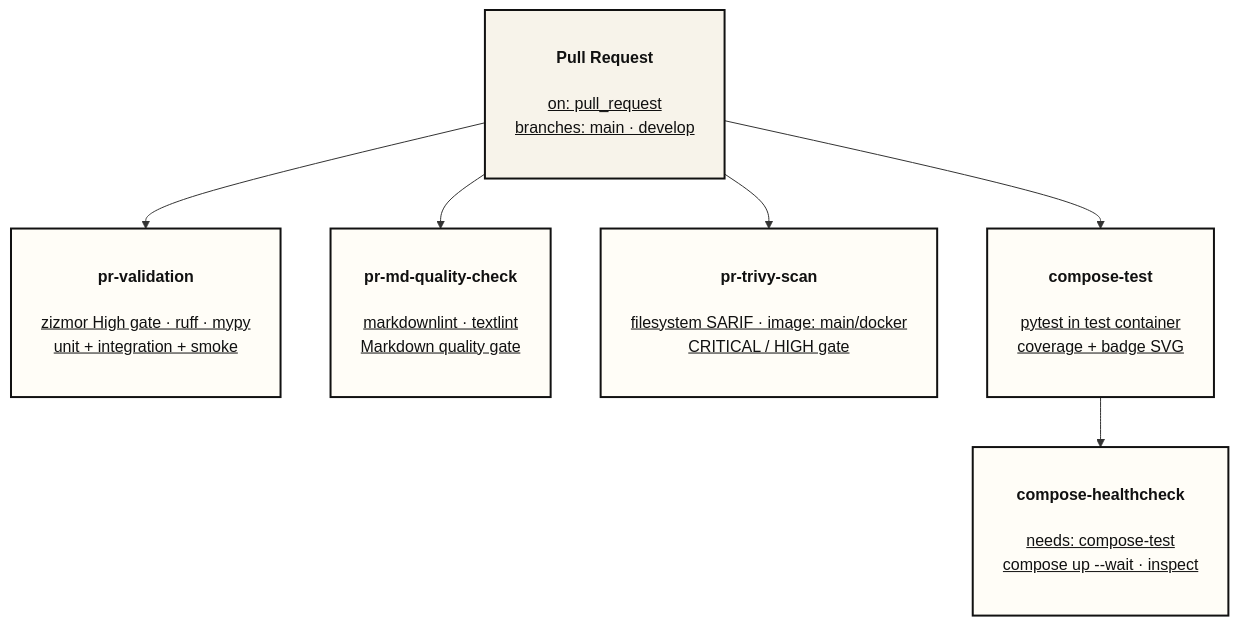
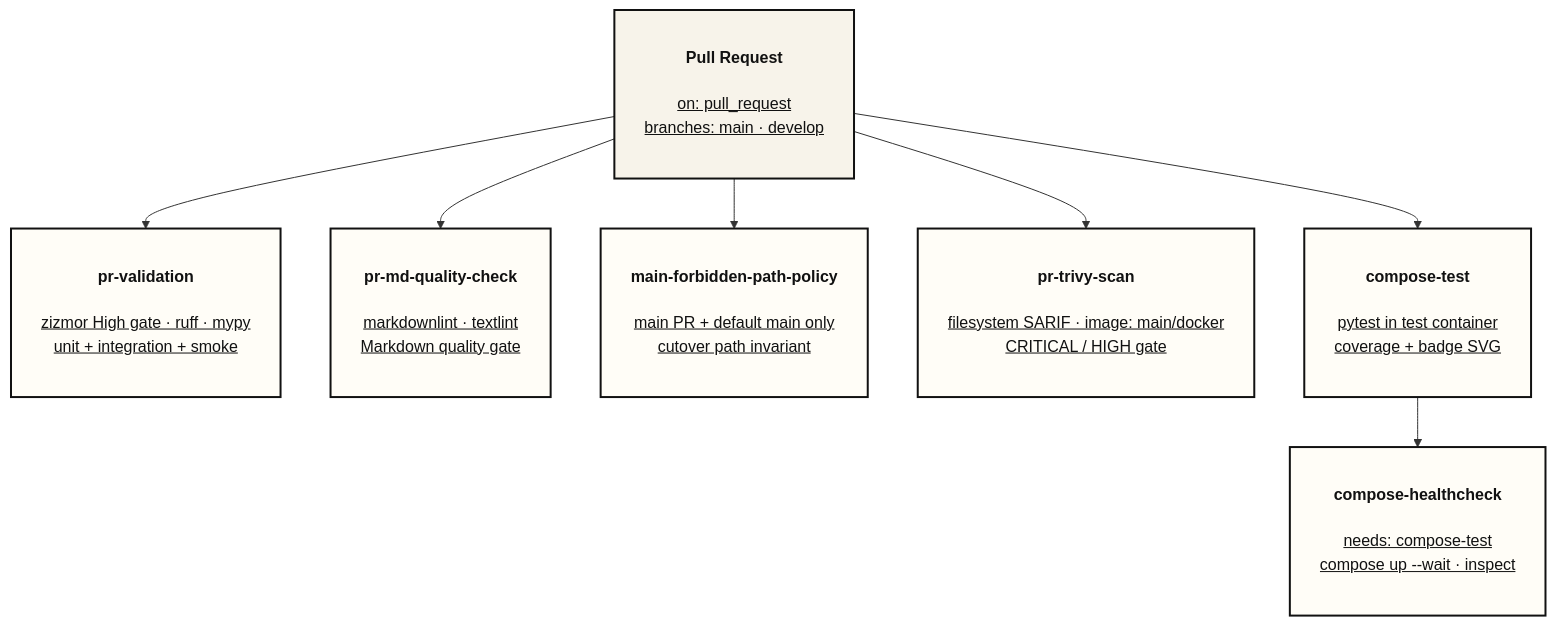
Before and after one commit to yaoki-dev/api-test-devops-portfolio: the first of 3 diagrams in docs/reference/ci_cd_pipeline.md, drawn with Mermaid. The commit also changed other lines of this file and 6 other files, not shown here.

````diff
--- a/docs/reference/ci_cd_pipeline.md
+++ b/docs/reference/ci_cd_pipeline.md
@@ -15,32 +15,35 @@
 ```mermaid
 ---
 config:
   flowchart:
     wrappingWidth: 420
 ---
 flowchart TD
     T["<h4>Pull Request</h4><u>on: pull_request<br/>branches: main · develop</u>
     <br/>"]
 
     T --> PV["<h4>pr-validation</h4><u>zizmor High gate · ruff · mypy<br/>unit + integration + smoke</u>
     <br/>"]
 
     T --> PMQ["<h4>pr-md-quality-check</h4><u>markdownlint · textlint<br/>Markdown quality gate</u>
     <br/>"]
 
+    T --> MFP["<h4>main-forbidden-path-policy</h4><u>main PR + default main only<br/>cutover path invariant</u>
+    <br/>"]
+
     T --> PS["<h4>pr-trivy-scan</h4><u>filesystem SARIF · image: main/docker<br/>CRITICAL / HIGH gate</u>
     <br/>"]
 
     T --> CT["<h4>compose-test</h4><u>pytest in test container<br/>coverage + badge SVG</u>
     <br/>"]
 
     CT --> CH["<h4>compose-healthcheck</h4><u>needs: compose-test<br/>compose up --wait · inspect</u>
     <br/>"]
 
     classDef default fill:#F7F3EA,stroke:#111,stroke-width:1.5px,color:#111;
     classDef trigger fill:#F7F3EA,stroke:#111,stroke-width:2px,color:#111;
     classDef job fill:#FFFDF7,stroke:#111,stroke-width:2px,color:#111;
 
     class T trigger;
-    class PV,PMQ,PS,CT,CH job;
+    class PV,PMQ,MFP,PS,CT,CH job;
 ```
````
